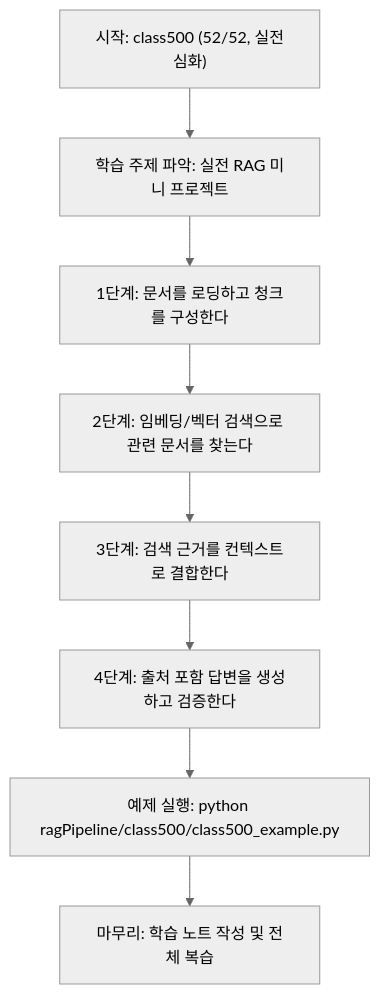
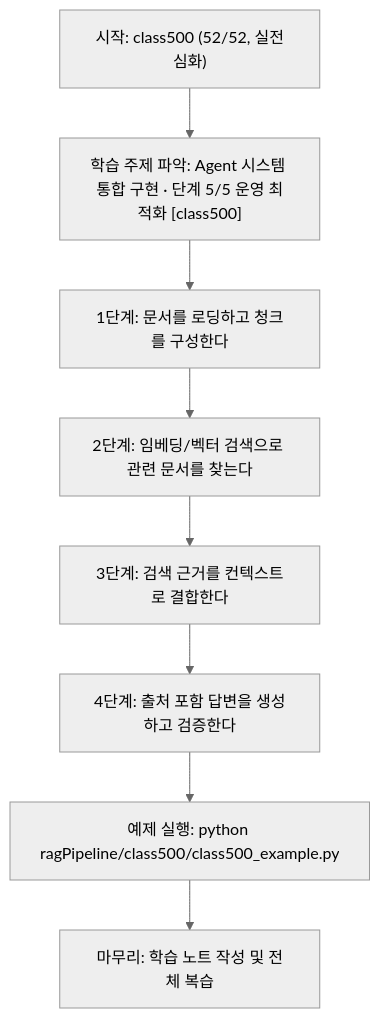
The diagram in ragPipeline/class500/class500.md (edumgt/Python-AI_Agent-Class), drawn with Mermaid (neutral theme) before and after one commit. The commit also changed other lines of this file and 522 other files, not shown here.

````diff
--- a/ragPipeline/class500/class500.md
+++ b/ragPipeline/class500/class500.md
@@ -111,18 +112,18 @@
 ```mermaid
 flowchart TD
 N1["시작: class500 (52/52, 실전심화)"]
-N2["학습 주제 파악: 실전 RAG 미니 프로젝트"]
+N2["학습 주제 파악: Agent 시스템 통합 구현 · 단계 5/5 운영 최적화 [class500]"]
 N3["1단계: 문서를 로딩하고 청크를 구성한다"]
 N4["2단계: 임베딩/벡터 검색으로 관련 문서를 찾는다"]
 N5["3단계: 검색 근거를 컨텍스트로 결합한다"]
 N6["4단계: 출처 포함 답변을 생성하고 검증한다"]
 N7["예제 실행: python ragPipeline/class500/class500_example.py"]
 N8["마무리: 학습 노트 작성 및 전체 복습"]
 N1 --> N2
 N2 --> N3
 N3 --> N4
 N4 --> N5
 N5 --> N6
 N6 --> N7
 N7 --> N8
 ```
````
